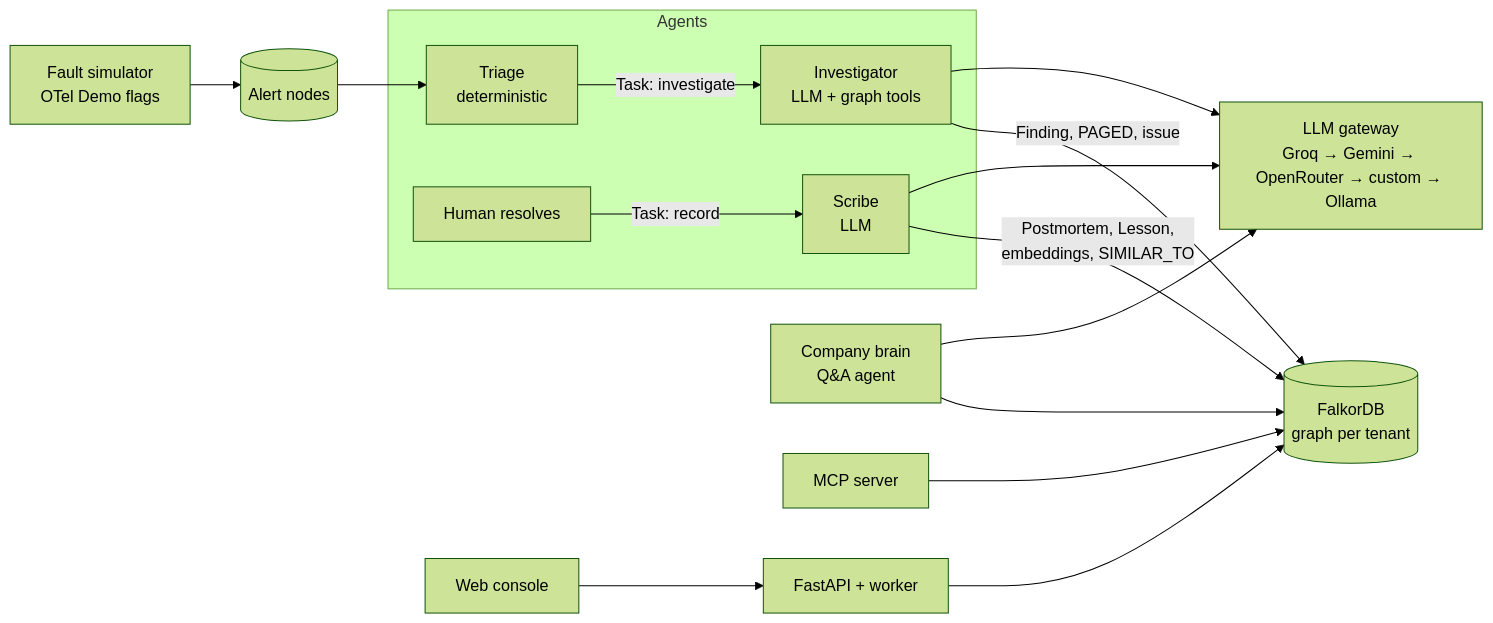
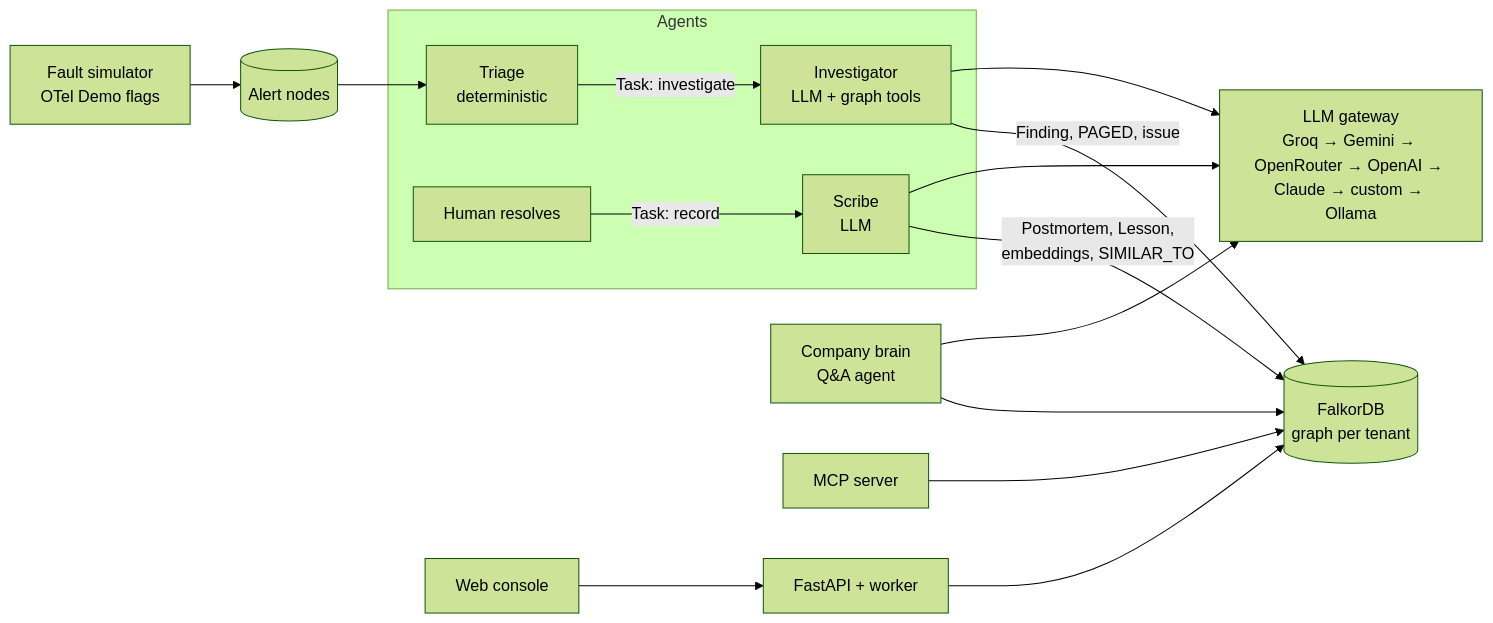
Before and after one commit to AgentAhmed/blast-radius: the first of 2 diagrams in README.md, drawn with Mermaid (forest theme). The commit also changed other lines of this file and 11 other files, not shown here.

First line of the commit message:
Add OpenAI and Claude slots to the LLM fallback chain

````diff
--- a/README.md
+++ b/README.md
@@ -62,16 +62,16 @@
 ```mermaid
 flowchart LR
   SIM[Fault simulator<br/>OTel Demo flags] --> AL[(Alert nodes)]
   subgraph Agents
     TR[Triage<br/>deterministic] --> |Task: investigate| INV[Investigator<br/>LLM + graph tools]
     HUM[Human resolves] --> |Task: record| SCR[Scribe<br/>LLM]
   end
   AL --> TR
   INV --> |Finding, PAGED, issue| FDB
   SCR --> |Postmortem, Lesson,<br/>embeddings, SIMILAR_TO| FDB
   BRAIN[Company brain<br/>Q&A agent] --> FDB
-  INV & SCR & BRAIN --> GW[LLM gateway<br/>Groq → Gemini → OpenRouter → custom → Ollama]
+  INV & SCR & BRAIN --> GW[LLM gateway<br/>Groq → Gemini → OpenRouter → OpenAI → Claude → custom → Ollama]
   FDB[(FalkorDB<br/>graph per tenant)]
   MCP[MCP server] --> FDB
   UI[Web console] --> API[FastAPI + worker] --> FDB
 ```
````
